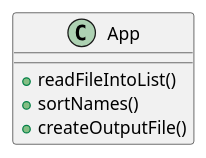
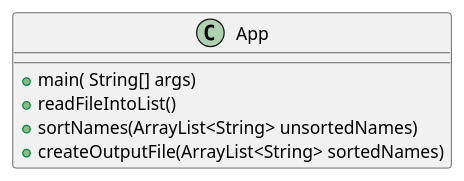
One commit to Jsnoap/snoap-cop3330-assignment3 changed the diagram in docs/ex41.puml. Above: the diagram before and after it, drawn with PlantUML. The commit also changed 7 other files, not shown here.

```diff
--- a/docs/ex41.puml
+++ b/docs/ex41.puml
@@ -1,10 +1,11 @@
 @startuml
 'https://plantuml.com/class-diagram
 
 class App {
++main( String[] args)
 +readFileIntoList()
-+sortNames()
-+createOutputFile()
++sortNames(ArrayList<String> unsortedNames)
++createOutputFile(ArrayList<String> sortedNames)
 }
 
 @enduml
```
